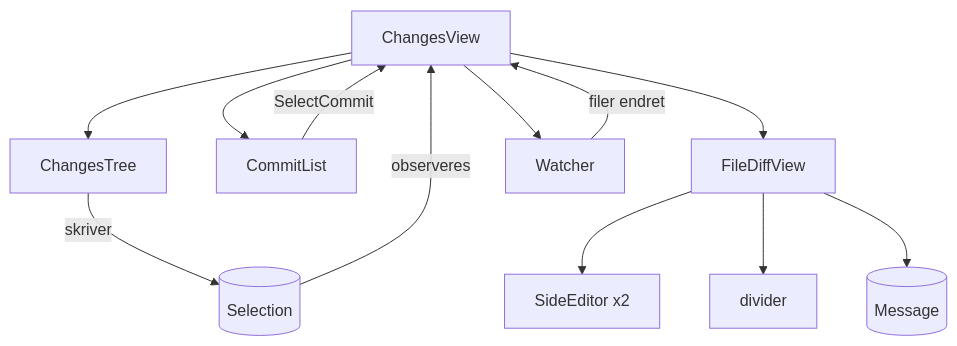
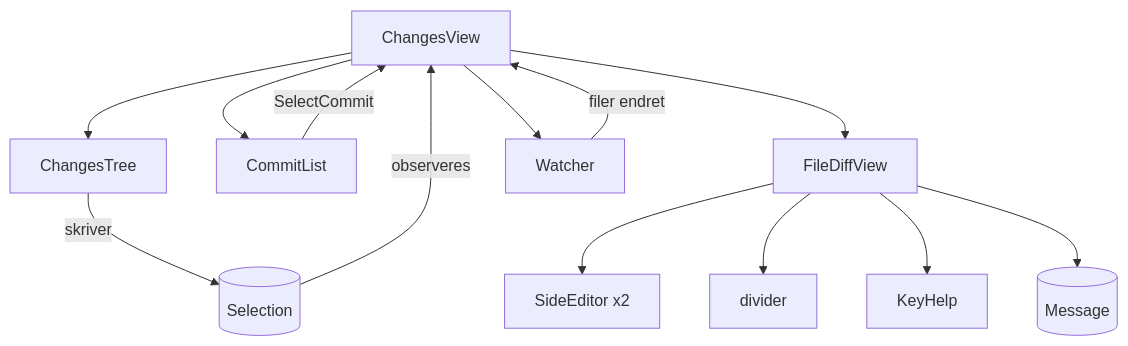
Before and after one commit to akemkers/jetdiff: the diagram in crates/jetdiff-ui/README.md, drawn with Mermaid. The commit also changed other lines of this file and 7 other files, not shown here.

````diff
--- a/crates/jetdiff-ui/README.md
+++ b/crates/jetdiff-ui/README.md
@@ -29,14 +29,15 @@
 ```mermaid
 graph TD
     cv[ChangesView] --> tree[ChangesTree]
     cv --> commits[CommitList]
     cv --> fdv[FileDiffView]
     cv --> watcher[Watcher]
     tree -- skriver --> sel[(Selection)]
     sel -- observeres --> cv
     commits -- SelectCommit --> cv
     watcher -- filer endret --> cv
     fdv --> se[SideEditor x2]
     fdv --> div[divider]
+    fdv --> help[KeyHelp]
     fdv --> msg[(Message)]
 ```
````
